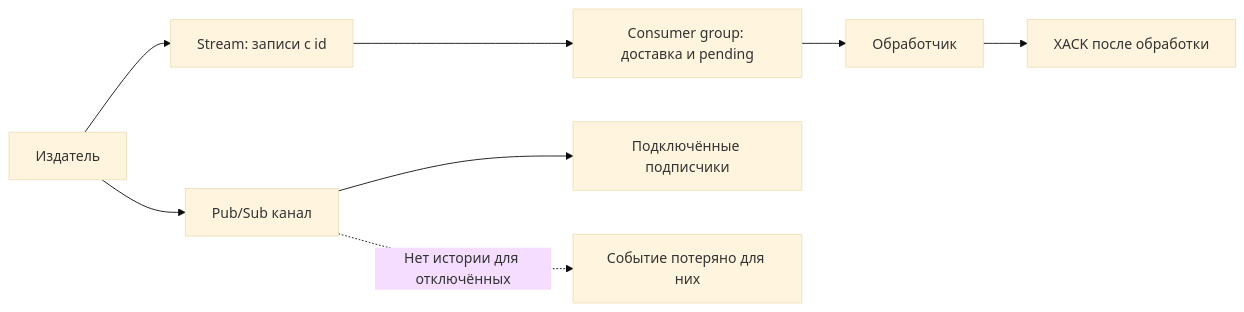
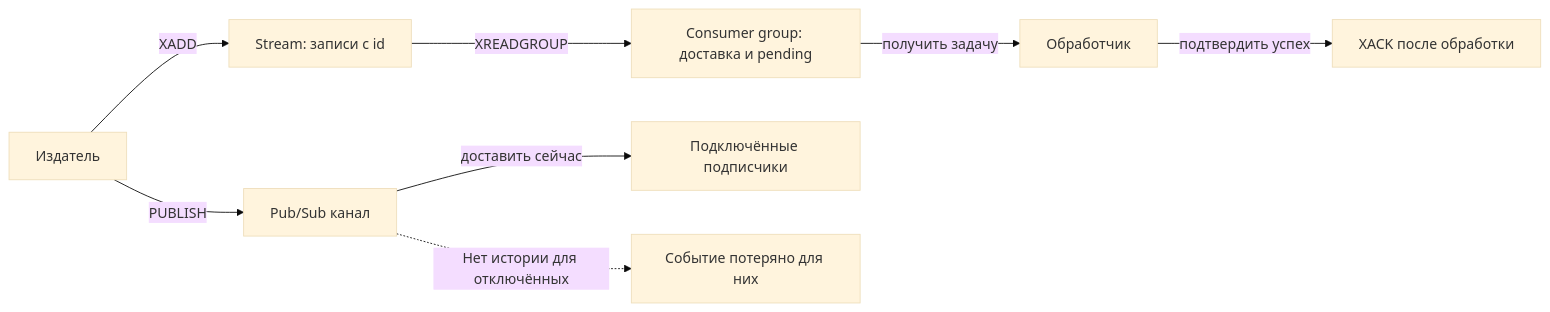
The diagram in databases/non-relational/redis/transactions-and-messaging.md (IAMN1/devrefsnap), drawn with Mermaid (base theme) before and after one commit. The commit also changed other lines of this file and 22 other files, not shown here.

````diff
--- a/databases/non-relational/redis/transactions-and-messaging.md
+++ b/databases/non-relational/redis/transactions-and-messaging.md
@@ -139,10 +95,10 @@
 ```mermaid
 flowchart LR
-    P[Издатель] --> S[Stream: записи с id]
-    S --> G[Consumer group: доставка и pending]
-    G --> W[Обработчик]
-    W --> A[XACK после обработки]
-    P --> C[Pub/Sub канал]
-    C --> L[Подключённые подписчики]
+    P[Издатель] -->|XADD| S[Stream: записи с id]
+    S -->|XREADGROUP| G[Consumer group: доставка и pending]
+    G -->|получить задачу| W[Обработчик]
+    W -->|подтвердить успех| A[XACK после обработки]
+    P -->|PUBLISH| C[Pub/Sub канал]
+    C -->|доставить сейчас| L[Подключённые подписчики]
     C -. Нет истории для отключённых .-> N[Событие потеряно для них]
 ```
````
